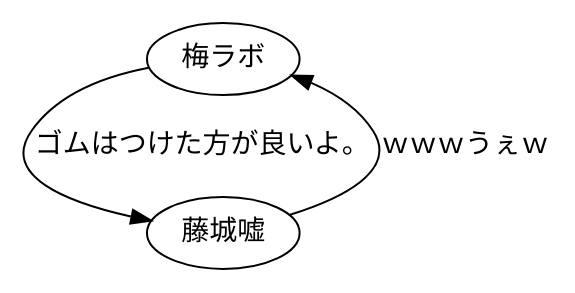
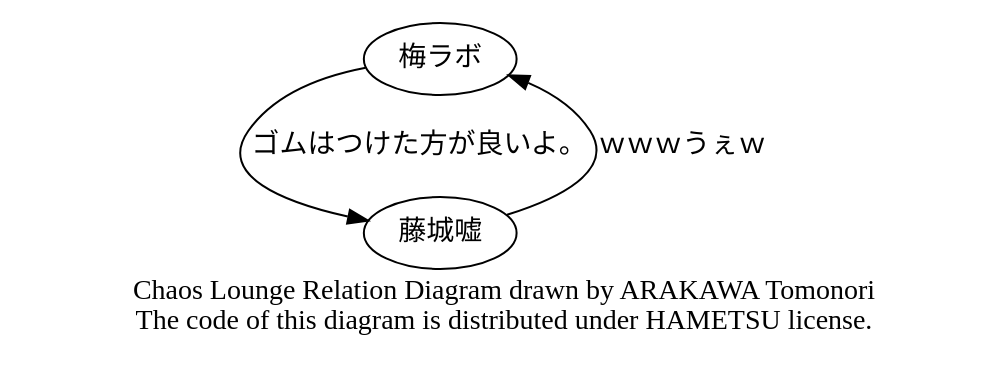
One commit to takano32/DynamicRelationGraph changed the diagram in chaos.dot. Above: the diagram before and after it, drawn with Graphviz.

Commit message:
add copyright description

```diff
--- a/chaos.dot
+++ b/chaos.dot
@@ -1,5 +1,6 @@
 digraph Chaos {
 	node [fontname="MSUIGOTHIC.ttf"];
 	梅ラボ -> 藤城嘘[label = "ゴムはつけた方が良いよ。"];
 	藤城嘘 -> 梅ラボ[label = "ｗｗｗうぇｗ"];
+	label = "Chaos Lounge Relation Diagram drawn by ARAKAWA Tomonori\nThe code of this diagram is distributed under HAMETSU license.";
 }
```
